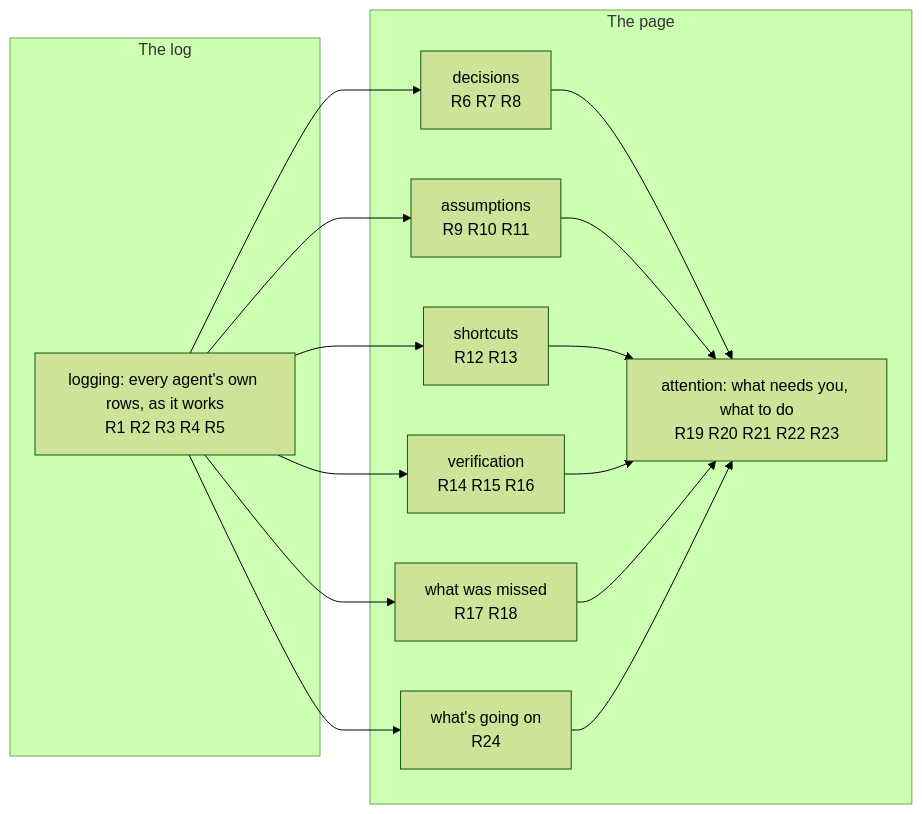
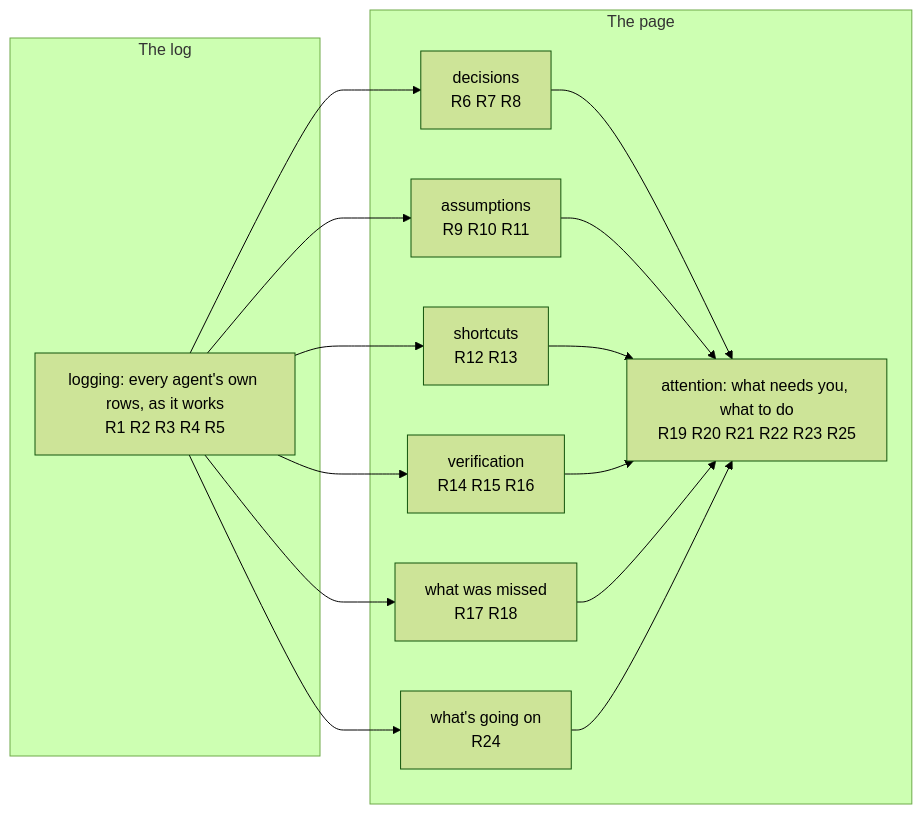
The first of 2 diagrams in docs/wip/skills-authoring/2026-11-06-show-me-your-work-record/specification/obligations.md (ShravanSunder/sunstack), drawn with Mermaid (forest theme) before and after one commit. The commit also changed other lines of this file and 17 other files, not shown here.

````diff
--- a/docs/wip/skills-authoring/2026-11-06-show-me-your-work-record/specification/obligations.md
+++ b/docs/wip/skills-authoring/2026-11-06-show-me-your-work-record/specification/obligations.md
@@ -9,27 +9,27 @@
 ```mermaid
 flowchart LR
   subgraph log["The log"]
     G["logging: every agent's own rows, as it works<br/>R1 R2 R3 R4 R5"]
   end
   subgraph page["The page"]
-    T["attention: what needs you, what to do<br/>R19 R20 R21 R22 R23"]
+    T["attention: what needs you, what to do<br/>R19 R20 R21 R22 R23 R25"]
     D["decisions<br/>R6 R7 R8"]
     A["assumptions<br/>R9 R10 R11"]
     S["shortcuts<br/>R12 R13"]
     V["verification<br/>R14 R15 R16"]
     M["what was missed<br/>R17 R18"]
     W["what's going on<br/>R24"]
   end
   G --> D
   G --> A
   G --> S
   G --> V
   G --> M
   G --> W
   D --> T
   A --> T
   S --> T
   V --> T
   M --> T
   W --> T
 ```
````
